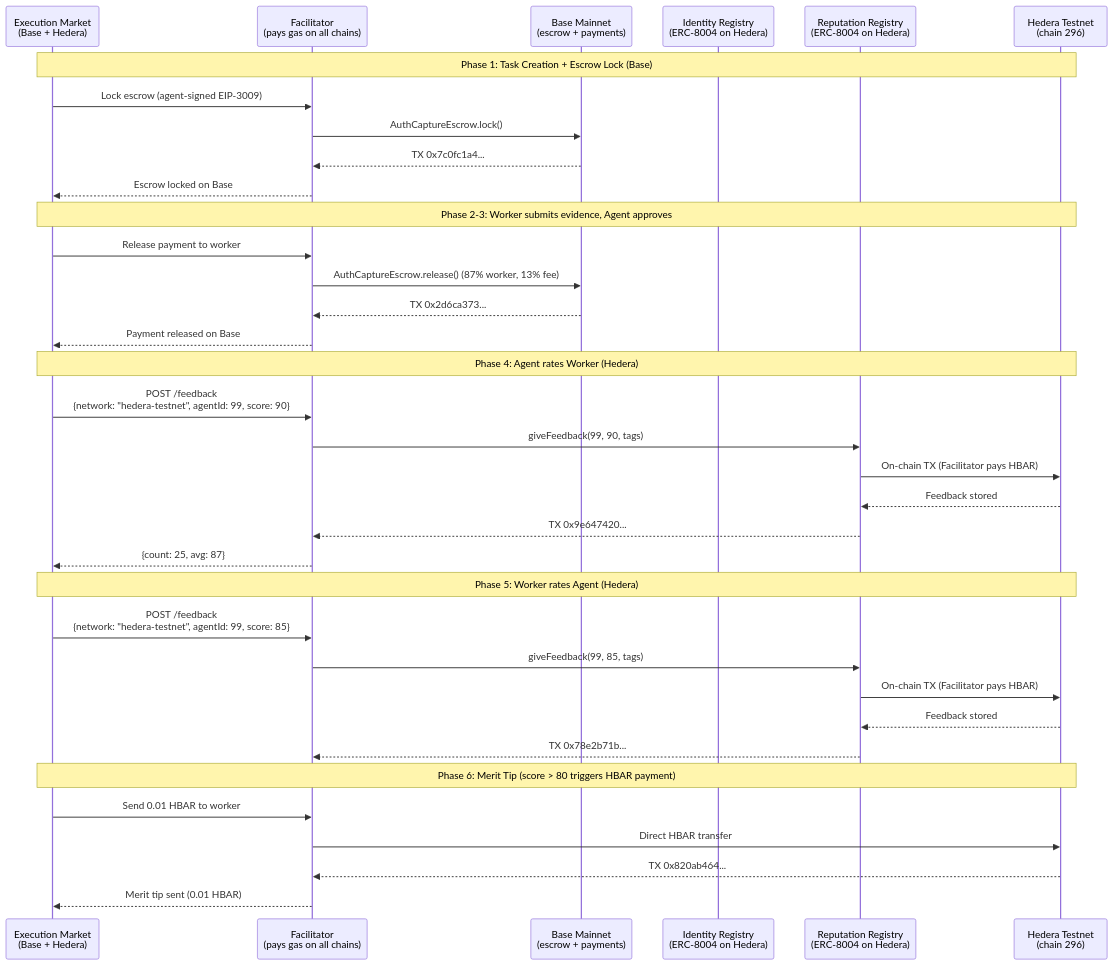
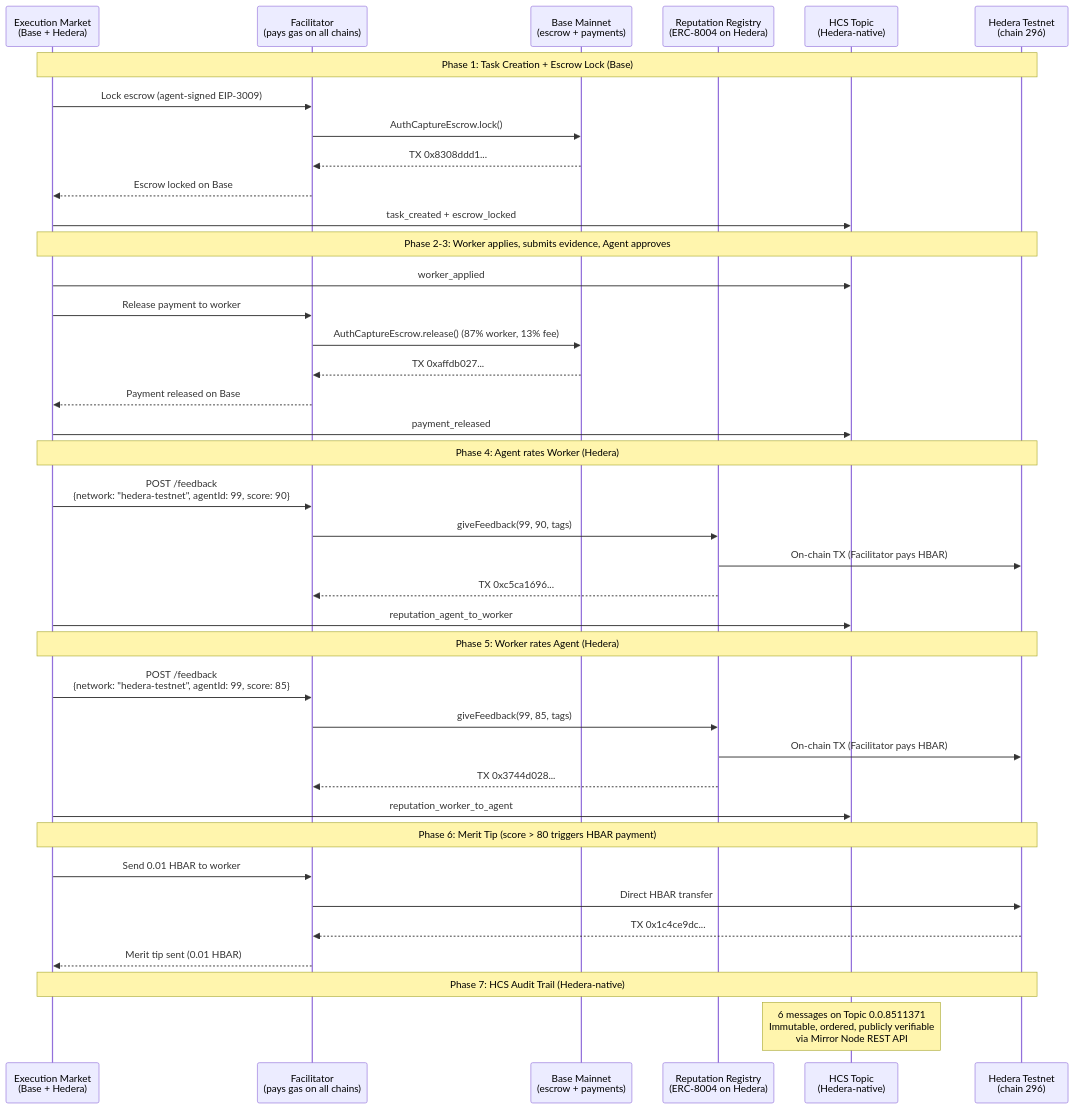
The diagram in hedera/PROOF_OF_INTEGRATION.md (yesig3/em-cannes-hackathon), drawn with Mermaid before and after one commit. The commit also changed other lines of this file and 5 other files, not shown here.

First line of the commit message:
docs: update all documentation with HCS integration + Golden Flow 7/7

````diff
--- a/hedera/PROOF_OF_INTEGRATION.md
+++ b/hedera/PROOF_OF_INTEGRATION.md
@@ -164,42 +215,47 @@
 ```mermaid
 sequenceDiagram
     participant EM as Execution Market<br/>(Base + Hedera)
     participant F as Facilitator<br/>(pays gas on all chains)
     participant B as Base Mainnet<br/>(escrow + payments)
-    participant IR as Identity Registry<br/>(ERC-8004 on Hedera)
     participant RR as Reputation Registry<br/>(ERC-8004 on Hedera)
+    participant HCS as HCS Topic<br/>(Hedera-native)
     participant H as Hedera Testnet<br/>(chain 296)
 
     Note over EM,H: Phase 1: Task Creation + Escrow Lock (Base)
     EM->>F: Lock escrow (agent-signed EIP-3009)
     F->>B: AuthCaptureEscrow.lock()
-    B-->>F: TX 0x7c0fc1a4...
+    B-->>F: TX 0x8308ddd1...
     F-->>EM: Escrow locked on Base
+    EM->>HCS: task_created + escrow_locked
 
-    Note over EM,H: Phase 2-3: Worker submits evidence, Agent approves
+    Note over EM,H: Phase 2-3: Worker applies, submits evidence, Agent approves
+    EM->>HCS: worker_applied
     EM->>F: Release payment to worker
     F->>B: AuthCaptureEscrow.release() (87% worker, 13% fee)
-    B-->>F: TX 0x2d6ca373...
+    B-->>F: TX 0xaffdb027...
     F-->>EM: Payment released on Base
+    EM->>HCS: payment_released
 
     Note over EM,H: Phase 4: Agent rates Worker (Hedera)
     EM->>F: POST /feedback<br/>{network: "hedera-testnet", agentId: 99, score: 90}
     F->>RR: giveFeedback(99, 90, tags)
     RR->>H: On-chain TX (Facilitator pays HBAR)
-    H-->>RR: Feedback stored
-    RR-->>F: TX 0x9e647420...
-    F-->>EM: {count: 25, avg: 87}
+    RR-->>F: TX 0xc5ca1696...
+    EM->>HCS: reputation_agent_to_worker
 
     Note over EM,H: Phase 5: Worker rates Agent (Hedera)
     EM->>F: POST /feedback<br/>{network: "hedera-testnet", agentId: 99, score: 85}
     F->>RR: giveFeedback(99, 85, tags)
     RR->>H: On-chain TX (Facilitator pays HBAR)
-    H-->>RR: Feedback stored
-    RR-->>F: TX 0x78e2b71b...
+    RR-->>F: TX 0x3744d028...
+    EM->>HCS: reputation_worker_to_agent
 
     Note over EM,H: Phase 6: Merit Tip (score > 80 triggers HBAR payment)
     EM->>F: Send 0.01 HBAR to worker
     F->>H: Direct HBAR transfer
-    H-->>F: TX 0x820ab464...
+    H-->>F: TX 0x1c4ce9dc...
     F-->>EM: Merit tip sent (0.01 HBAR)
+
+    Note over EM,H: Phase 7: HCS Audit Trail (Hedera-native)
+    Note over HCS: 6 messages on Topic 0.0.8511371<br/>Immutable, ordered, publicly verifiable<br/>via Mirror Node REST API
 ```
````
